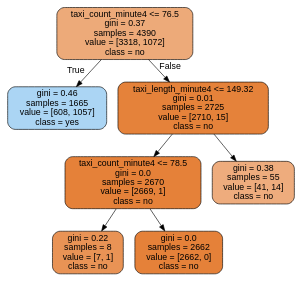
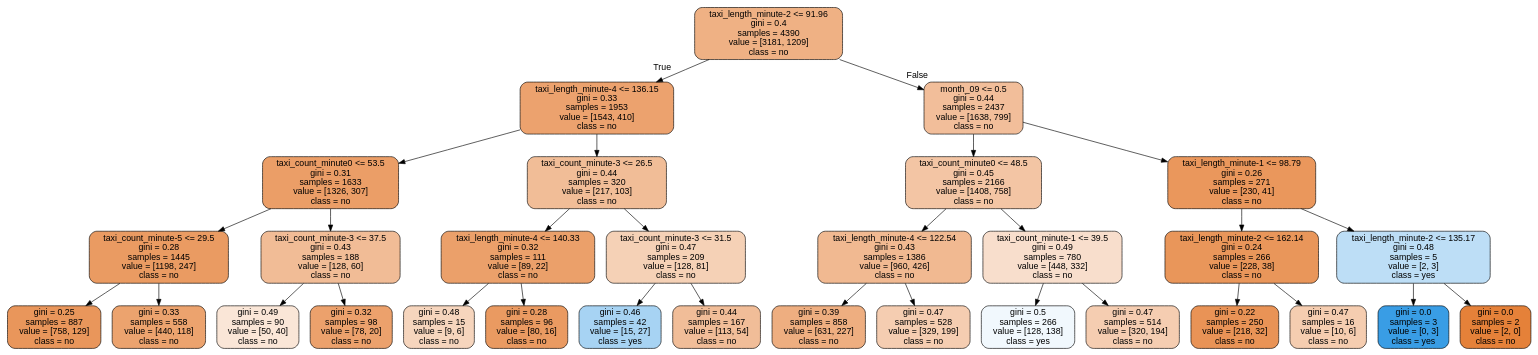
Before and after one commit to DungDinhDungDinh/capstone_project: the diagram in t2_should_go.dot, drawn with Graphviz. The commit also changed 16 other files, not shown here.

```diff
--- a/t2_should_go.dot
+++ b/t2_should_go.dot
@@ -1,17 +1,65 @@
 digraph Tree {
 node [shape=box, style="filled, rounded", color="black", fontname="helvetica"] ;
 edge [fontname="helvetica"] ;
-0 [label="taxi_count_minute4 <= 76.5\ngini = 0.37\nsamples = 4390\nvalue = [3318, 1072]\nclass = no", fillcolor="#edaa79"] ;
-1 [label="gini = 0.46\nsamples = 1665\nvalue = [608, 1057]\nclass = yes", fillcolor="#abd5f4"] ;
+0 [label="taxi_length_minute-2 <= 91.96\ngini = 0.4\nsamples = 4390\nvalue = [3181, 1209]\nclass = no", fillcolor="#efb184"] ;
+1 [label="taxi_length_minute-4 <= 136.15\ngini = 0.33\nsamples = 1953\nvalue = [1543, 410]\nclass = no", fillcolor="#eca26e"] ;
 0 -> 1 [labeldistance=2.5, labelangle=45, headlabel="True"] ;
-2 [label="taxi_length_minute4 <= 149.32\ngini = 0.01\nsamples = 2725\nvalue = [2710, 15]\nclass = no", fillcolor="#e5823a"] ;
-0 -> 2 [labeldistance=2.5, labelangle=-45, headlabel="False"] ;
-3 [label="taxi_count_minute4 <= 78.5\ngini = 0.0\nsamples = 2670\nvalue = [2669, 1]\nclass = no", fillcolor="#e58139"] ;
+2 [label="taxi_count_minute0 <= 53.5\ngini = 0.31\nsamples = 1633\nvalue = [1326, 307]\nclass = no", fillcolor="#eb9e67"] ;
+1 -> 2 ;
+3 [label="taxi_count_minute-5 <= 29.5\ngini = 0.28\nsamples = 1445\nvalue = [1198, 247]\nclass = no", fillcolor="#ea9b62"] ;
 2 -> 3 ;
-4 [label="gini = 0.22\nsamples = 8\nvalue = [7, 1]\nclass = no", fillcolor="#e99355"] ;
+4 [label="gini = 0.25\nsamples = 887\nvalue = [758, 129]\nclass = no", fillcolor="#e9965b"] ;
 3 -> 4 ;
-5 [label="gini = 0.0\nsamples = 2662\nvalue = [2662, 0]\nclass = no", fillcolor="#e58139"] ;
+5 [label="gini = 0.33\nsamples = 558\nvalue = [440, 118]\nclass = no", fillcolor="#eca36e"] ;
 3 -> 5 ;
-6 [label="gini = 0.38\nsamples = 55\nvalue = [41, 14]\nclass = no", fillcolor="#eeac7d"] ;
+6 [label="taxi_count_minute-3 <= 37.5\ngini = 0.43\nsamples = 188\nvalue = [128, 60]\nclass = no", fillcolor="#f1bc96"] ;
 2 -> 6 ;
+7 [label="gini = 0.49\nsamples = 90\nvalue = [50, 40]\nclass = no", fillcolor="#fae6d7"] ;
+6 -> 7 ;
+8 [label="gini = 0.32\nsamples = 98\nvalue = [78, 20]\nclass = no", fillcolor="#eca16c"] ;
+6 -> 8 ;
+9 [label="taxi_count_minute-3 <= 26.5\ngini = 0.44\nsamples = 320\nvalue = [217, 103]\nclass = no", fillcolor="#f1bd97"] ;
+1 -> 9 ;
+10 [label="taxi_length_minute-4 <= 140.33\ngini = 0.32\nsamples = 111\nvalue = [89, 22]\nclass = no", fillcolor="#eba06a"] ;
+9 -> 10 ;
+11 [label="gini = 0.48\nsamples = 15\nvalue = [9, 6]\nclass = no", fillcolor="#f6d5bd"] ;
+10 -> 11 ;
+12 [label="gini = 0.28\nsamples = 96\nvalue = [80, 16]\nclass = no", fillcolor="#ea9a61"] ;
+10 -> 12 ;
+13 [label="taxi_count_minute-3 <= 31.5\ngini = 0.47\nsamples = 209\nvalue = [128, 81]\nclass = no", fillcolor="#f5d1b6"] ;
+9 -> 13 ;
+14 [label="gini = 0.46\nsamples = 42\nvalue = [15, 27]\nclass = yes", fillcolor="#a7d3f3"] ;
+13 -> 14 ;
+15 [label="gini = 0.44\nsamples = 167\nvalue = [113, 54]\nclass = no", fillcolor="#f1bd98"] ;
+13 -> 15 ;
+16 [label="month_09 <= 0.5\ngini = 0.44\nsamples = 2437\nvalue = [1638, 799]\nclass = no", fillcolor="#f2be9a"] ;
+0 -> 16 [labeldistance=2.5, labelangle=-45, headlabel="False"] ;
+17 [label="taxi_count_minute0 <= 48.5\ngini = 0.45\nsamples = 2166\nvalue = [1408, 758]\nclass = no", fillcolor="#f3c5a4"] ;
+16 -> 17 ;
+18 [label="taxi_length_minute-4 <= 122.54\ngini = 0.43\nsamples = 1386\nvalue = [960, 426]\nclass = no", fillcolor="#f1b991"] ;
+17 -> 18 ;
+19 [label="gini = 0.39\nsamples = 858\nvalue = [631, 227]\nclass = no", fillcolor="#eeae80"] ;
+18 -> 19 ;
+20 [label="gini = 0.47\nsamples = 528\nvalue = [329, 199]\nclass = no", fillcolor="#f5cdb1"] ;
+18 -> 20 ;
+21 [label="taxi_count_minute-1 <= 39.5\ngini = 0.49\nsamples = 780\nvalue = [448, 332]\nclass = no", fillcolor="#f8decc"] ;
+17 -> 21 ;
+22 [label="gini = 0.5\nsamples = 266\nvalue = [128, 138]\nclass = yes", fillcolor="#f1f8fd"] ;
+21 -> 22 ;
+23 [label="gini = 0.47\nsamples = 514\nvalue = [320, 194]\nclass = no", fillcolor="#f5cdb1"] ;
+21 -> 23 ;
+24 [label="taxi_length_minute-1 <= 98.79\ngini = 0.26\nsamples = 271\nvalue = [230, 41]\nclass = no", fillcolor="#ea975c"] ;
+16 -> 24 ;
+25 [label="taxi_length_minute-2 <= 162.14\ngini = 0.24\nsamples = 266\nvalue = [228, 38]\nclass = no", fillcolor="#e9965a"] ;
+24 -> 25 ;
+26 [label="gini = 0.22\nsamples = 250\nvalue = [218, 32]\nclass = no", fillcolor="#e99356"] ;
+25 -> 26 ;
+27 [label="gini = 0.47\nsamples = 16\nvalue = [10, 6]\nclass = no", fillcolor="#f5cdb0"] ;
+25 -> 27 ;
+28 [label="taxi_length_minute-2 <= 135.17\ngini = 0.48\nsamples = 5\nvalue = [2, 3]\nclass = yes", fillcolor="#bddef6"] ;
+24 -> 28 ;
+29 [label="gini = 0.0\nsamples = 3\nvalue = [0, 3]\nclass = yes", fillcolor="#399de5"] ;
+28 -> 29 ;
+30 [label="gini = 0.0\nsamples = 2\nvalue = [2, 0]\nclass = no", fillcolor="#e58139"] ;
+28 -> 30 ;
 }
```
